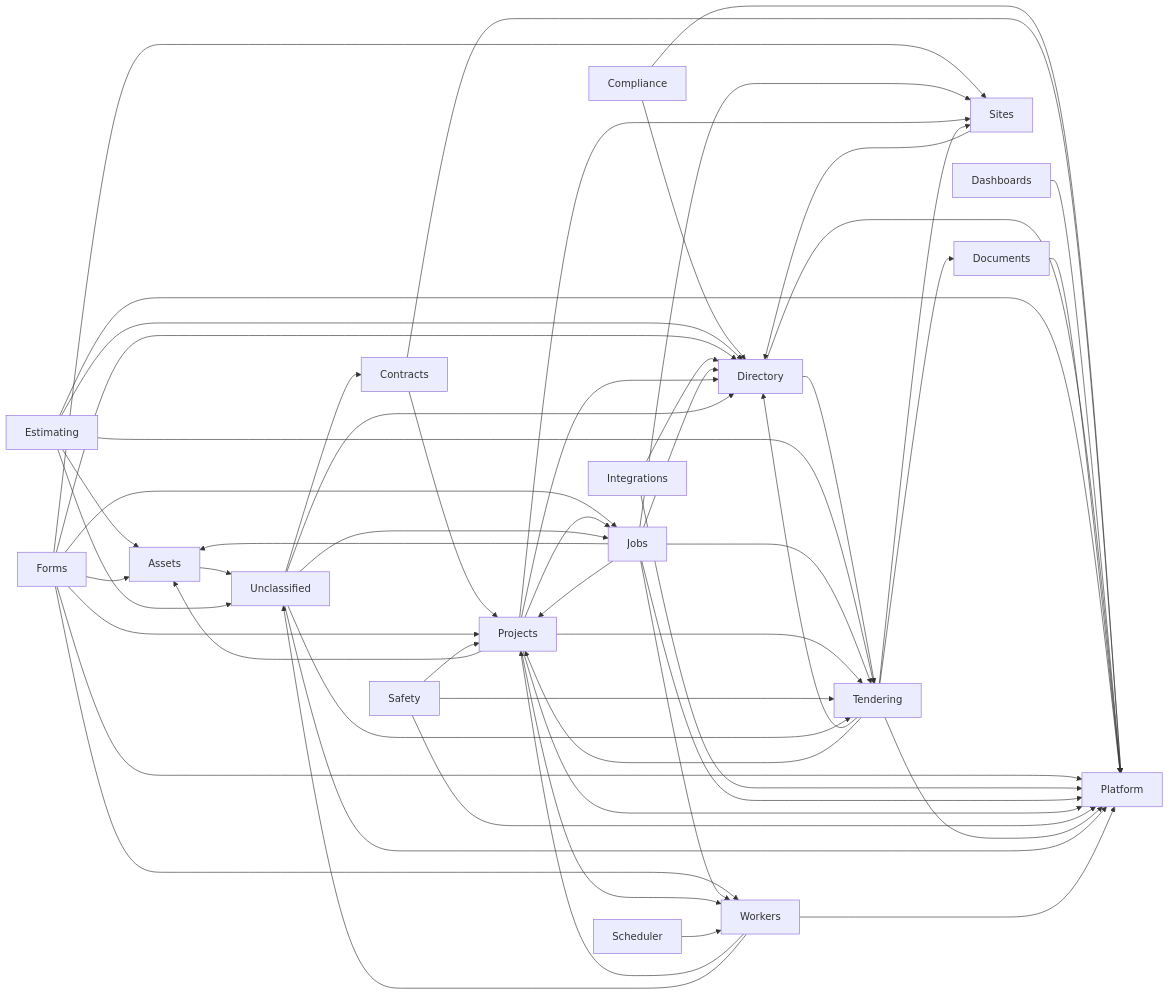
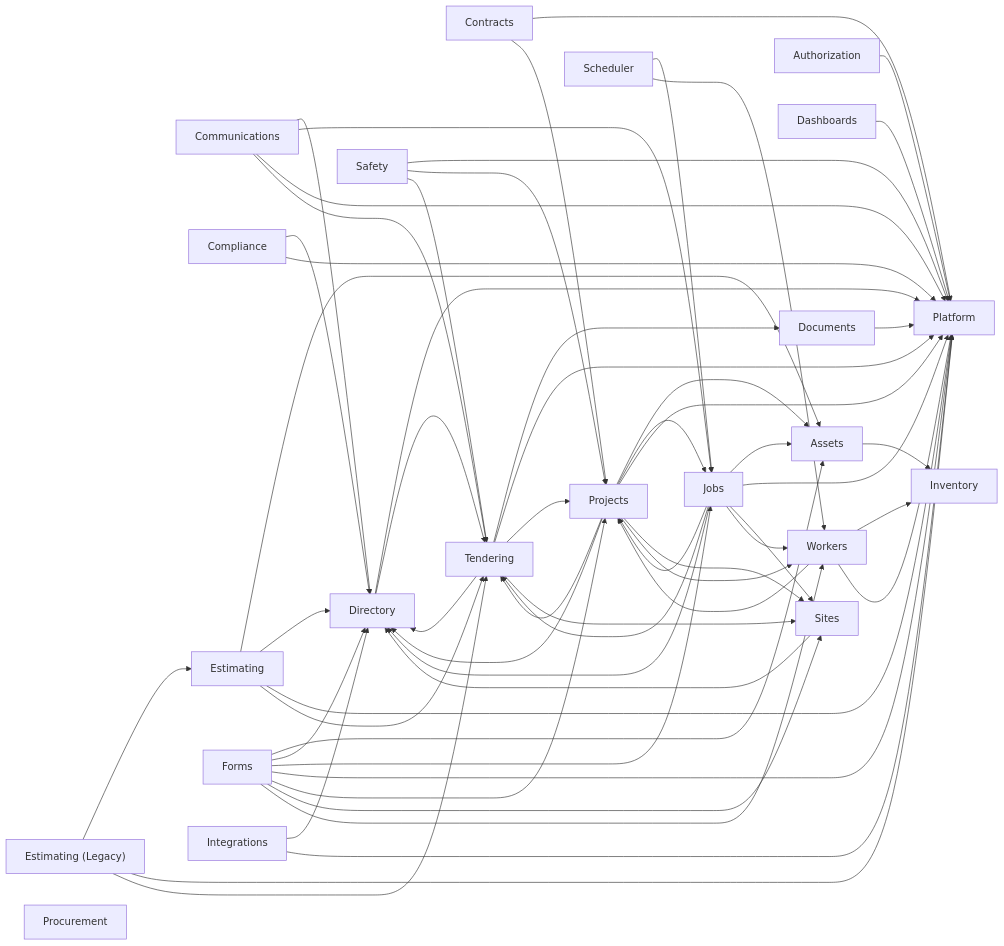
Before and after one commit to GH-Mantova/ProjectOperations: the diagram in docs/data-model/relationship-map.md, drawn with Mermaid. The commit also changed other lines of this file and 3 other files, not shown here.

````diff
--- a/docs/data-model/relationship-map.md
+++ b/docs/data-model/relationship-map.md
@@ -54,24 +58,33 @@
 ```mermaid
 graph LR
   assets["Assets"]
+  authorization["Authorization"]
+  communications["Communications"]
   compliance["Compliance"]
   contracts["Contracts"]
   dashboards["Dashboards"]
   directory["Directory"]
   documents["Documents"]
   estimating["Estimating"]
+  estimating_legacy["Estimating (Legacy)"]
   forms["Forms"]
   integrations["Integrations"]
+  inventory["Inventory"]
   jobs["Jobs"]
   platform["Platform"]
+  procurement["Procurement"]
   projects["Projects"]
   safety["Safety"]
   scheduler["Scheduler"]
   sites["Sites"]
   tendering["Tendering"]
-  unclassified["Unclassified"]
   workers["Workers"]
-  assets --> unclassified
+  assets --> inventory
+  authorization --> platform
+  communications --> directory
+  communications --> jobs
+  communications --> platform
+  communications --> tendering
   compliance --> directory
   compliance --> platform
   contracts --> platform
@@ -80,11 +93,13 @@
   directory --> platform
   directory --> tendering
   documents --> platform
+  estimating_legacy --> estimating
+  estimating_legacy --> platform
+  estimating_legacy --> tendering
   estimating --> assets
   estimating --> directory
   estimating --> platform
   estimating --> tendering
-  estimating --> unclassified
   forms --> assets
   forms --> directory
   forms --> jobs
@@ -111,6 +126,7 @@
   safety --> platform
   safety --> projects
   safety --> tendering
+  scheduler --> jobs
   scheduler --> workers
   sites --> directory
   tendering --> directory
@@ -118,12 +134,7 @@
   tendering --> platform
   tendering --> projects
   tendering --> sites
-  unclassified --> contracts
-  unclassified --> directory
-  unclassified --> jobs
-  unclassified --> platform
-  unclassified --> tendering
+  workers --> inventory
   workers --> platform
   workers --> projects
-  workers --> unclassified
 ```
````
